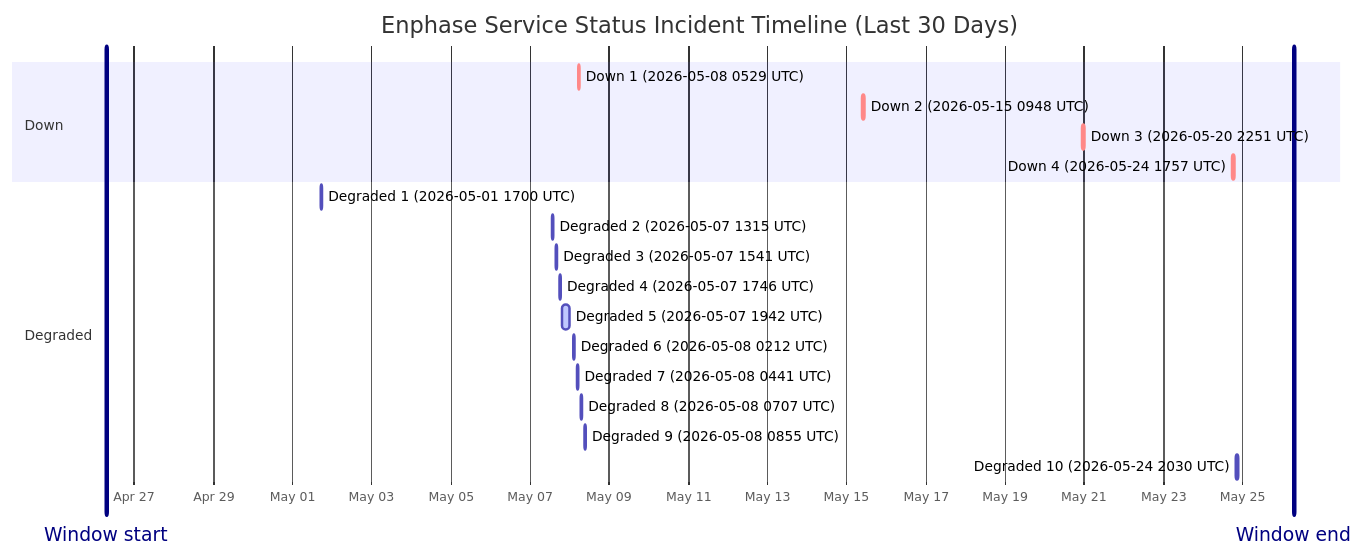
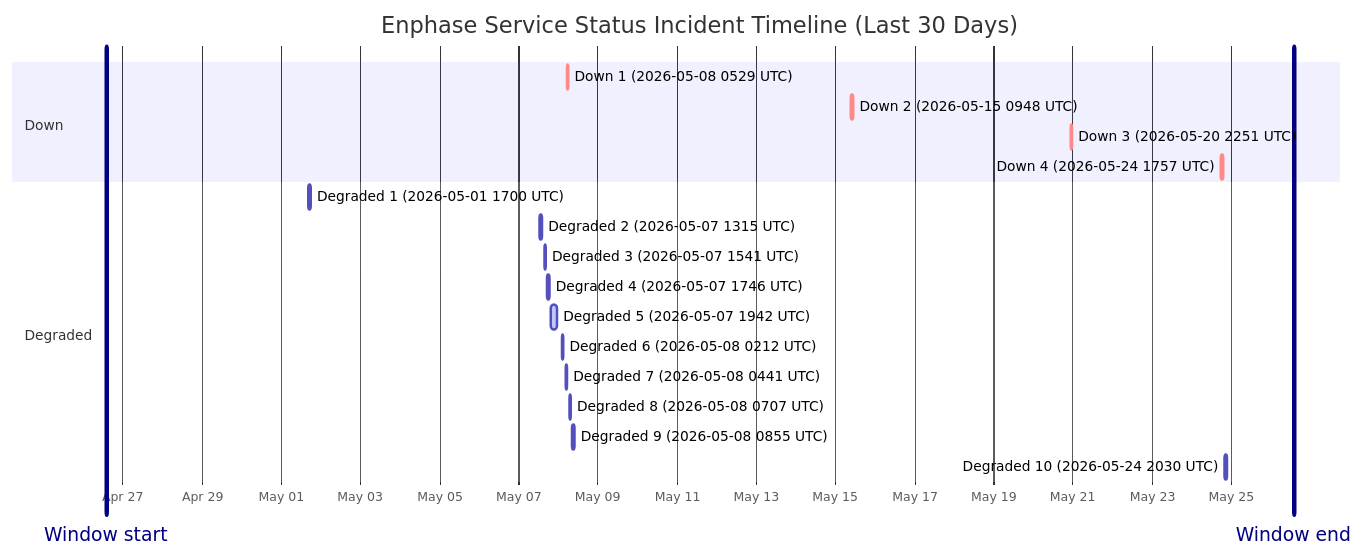
The diagram in wiki/Service-Status-History.md (barneyonline/ha-enphase-ev-charger), drawn with Mermaid before and after one commit. The commit also changed other lines of this file and 3 other files, not shown here.

````diff
--- a/wiki/Service-Status-History.md
+++ b/wiki/Service-Status-History.md
@@ -14,24 +14,24 @@
 ```mermaid
 gantt
     title Enphase Service Status Incident Timeline (Last 30 Days)
     dateFormat  YYYY-MM-DDTHH:mm:ss
     axisFormat  %b %d
-    Window start :vert, window-start, 2026-04-26T07:00:19, 0ms
-    Window end :vert, window-end, 2026-05-26T07:00:19, 0ms
+    Window start :vert, window-start, 2026-04-26T13:54:56, 0ms
+    Window end :vert, window-end, 2026-05-26T13:54:56, 0ms
     section Down
     Down 1 (2026-05-08 0529 UTC) :crit, down-1, 2026-05-08T05:29:47, 60m
     Down 2 (2026-05-15 0948 UTC) :crit, down-2, 2026-05-15T09:48:18, 60m
     Down 3 (2026-05-20 2251 UTC) :crit, down-3, 2026-05-20T22:51:14, 75m
     Down 4 (2026-05-24 1757 UTC) :crit, down-4, 2026-05-24T17:57:41, 86m
     section Degraded
     Degraded 1 (2026-05-01 1700 UTC) :active, degraded-1, 2026-05-01T17:00:22, 60m
     Degraded 2 (2026-05-07 1315 UTC) :active, degraded-2, 2026-05-07T13:15:25, 60m
     Degraded 3 (2026-05-07 1541 UTC) :active, degraded-3, 2026-05-07T15:41:58, 60m
     Degraded 4 (2026-05-07 1746 UTC) :active, degraded-4, 2026-05-07T17:46:51, 60m
     Degraded 5 (2026-05-07 1942 UTC) :active, degraded-5, 2026-05-07T19:42:10, 249m
     Degraded 6 (2026-05-08 0212 UTC) :active, degraded-6, 2026-05-08T02:12:39, 60m
     Degraded 7 (2026-05-08 0441 UTC) :active, degraded-7, 2026-05-08T04:41:46, 60m
     Degraded 8 (2026-05-08 0707 UTC) :active, degraded-8, 2026-05-08T07:07:30, 60m
     Degraded 9 (2026-05-08 0855 UTC) :active, degraded-9, 2026-05-08T08:55:20, 88m
     Degraded 10 (2026-05-24 2030 UTC) :active, degraded-10, 2026-05-24T20:30:57, 84m
 ```
````
